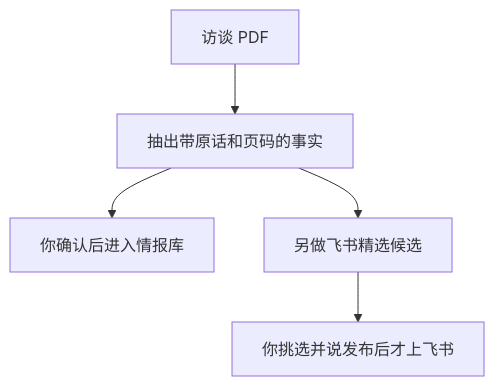
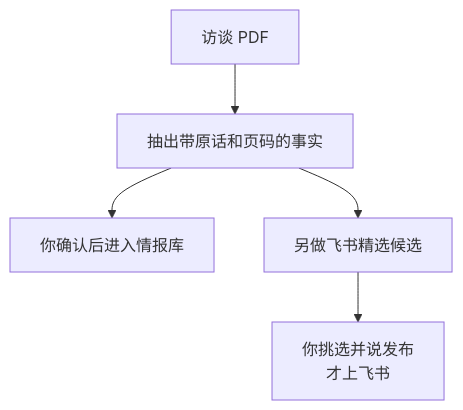
One commit to ZEYICHEN-md/ir-workbench changed the sixth of 7 diagrams in docs/HANDOVER.md. Above: the diagram before and after it, drawn with Mermaid. The commit also changed other lines of this file, not shown here.

First line of the commit message:
Restore the handover's chapter skeleton and architecture diagrams, and rewrite the prose in plain Chinese.

````diff
--- a/docs/HANDOVER.md
+++ b/docs/HANDOVER.md
@@ -184,7 +210,7 @@
 ```mermaid
 flowchart TD
-    P[访谈 PDF] --> D[抽出带原话和页码的事实]
-    D --> A[你确认后进入情报库]
-    D --> F[另做飞书精选候选]
-    F --> G[你挑选并说发布后才上飞书]
+    P["访谈 PDF"] --> D["抽出带原话和页码的事实"]
+    D --> A["你确认后进入情报库"]
+    D --> F["另做飞书精选候选"]
+    F --> G["你挑选并说发布<br>才上飞书"]
 ```
````
